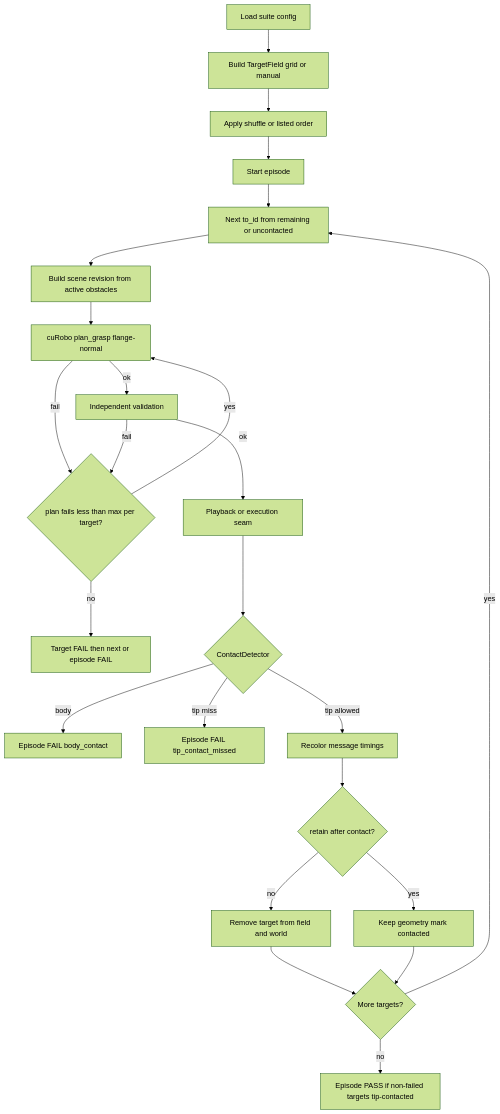
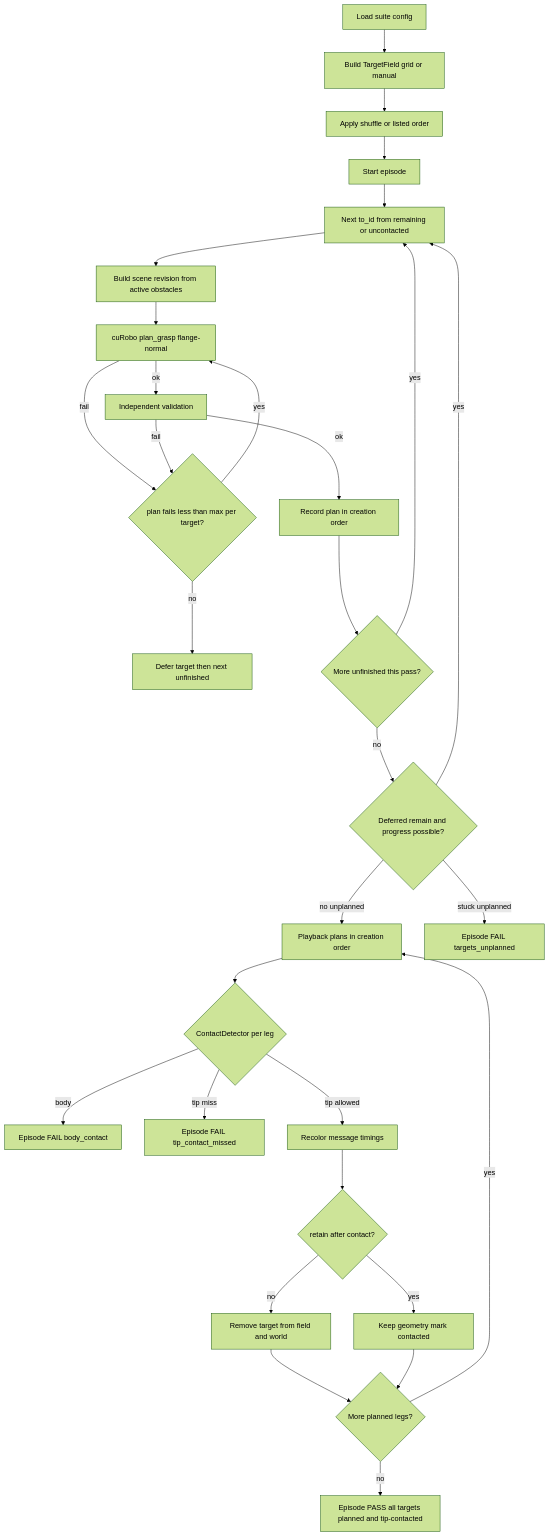
One commit to jywilson2/spark_isaac_mycobot_v3 changed the diagram in docs/phase7_2_multi_target_contact.md. Above: the diagram before and after it, drawn with Mermaid (forest theme). The commit also changed other lines of this file and 35 other files, not shown here.

````diff
--- a/docs/phase7_2_multi_target_contact.md
+++ b/docs/phase7_2_multi_target_contact.md
@@ -133,26 +157,32 @@
 ```mermaid
 flowchart TD
   cfg[Load suite config] --> field[Build TargetField grid or manual]
   field --> order[Apply shuffle or listed order]
   order --> ep[Start episode]
   ep --> leg[Next to_id from remaining or uncontacted]
   leg --> world[Build scene revision from active obstacles]
   world --> plan[cuRobo plan_grasp flange-normal]
   plan -->|fail| retry{plan fails less than max per target?}
   retry -->|yes| plan
-  retry -->|no| failTgt[Target FAIL then next or episode FAIL]
+  retry -->|no| defer[Defer target then next unfinished]
   plan -->|ok| val[Independent validation]
   val -->|fail| retry
-  val -->|ok| exec[Playback or execution seam]
-  exec --> contact{ContactDetector}
+  val -->|ok| record[Record plan in creation order]
+  record --> more{More unfinished this pass?}
+  more -->|yes| leg
+  more -->|no| recon{Deferred remain and progress possible?}
+  recon -->|yes| leg
+  recon -->|no unplanned| play[Playback plans in creation order]
+  recon -->|stuck unplanned| failUnp[Episode FAIL targets_unplanned]
+  play --> contact{ContactDetector per leg}
   contact -->|body| failBody[Episode FAIL body_contact]
   contact -->|tip miss| failTip[Episode FAIL tip_contact_missed]
   contact -->|tip allowed| mark[Recolor message timings]
   mark --> retain{retain after contact?}
   retain -->|no| remove[Remove target from field and world]
   retain -->|yes| keep[Keep geometry mark contacted]
-  remove --> more{More targets?}
-  keep --> more
-  more -->|yes| leg
-  more -->|no| passEp[Episode PASS if non-failed targets tip-contacted]
+  remove --> nextPlay{More planned legs?}
+  keep --> nextPlay
+  nextPlay -->|yes| play
+  nextPlay -->|no| passEp[Episode PASS all targets planned and tip-contacted]
 ```
````
